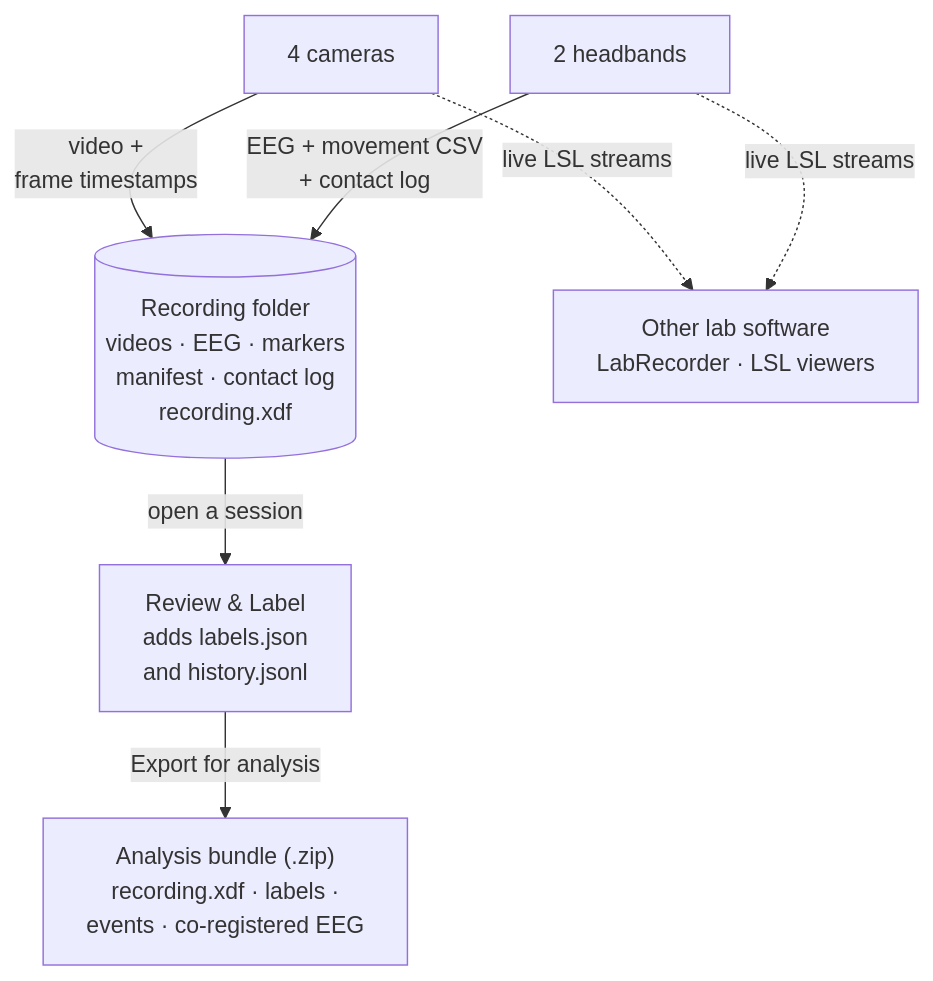
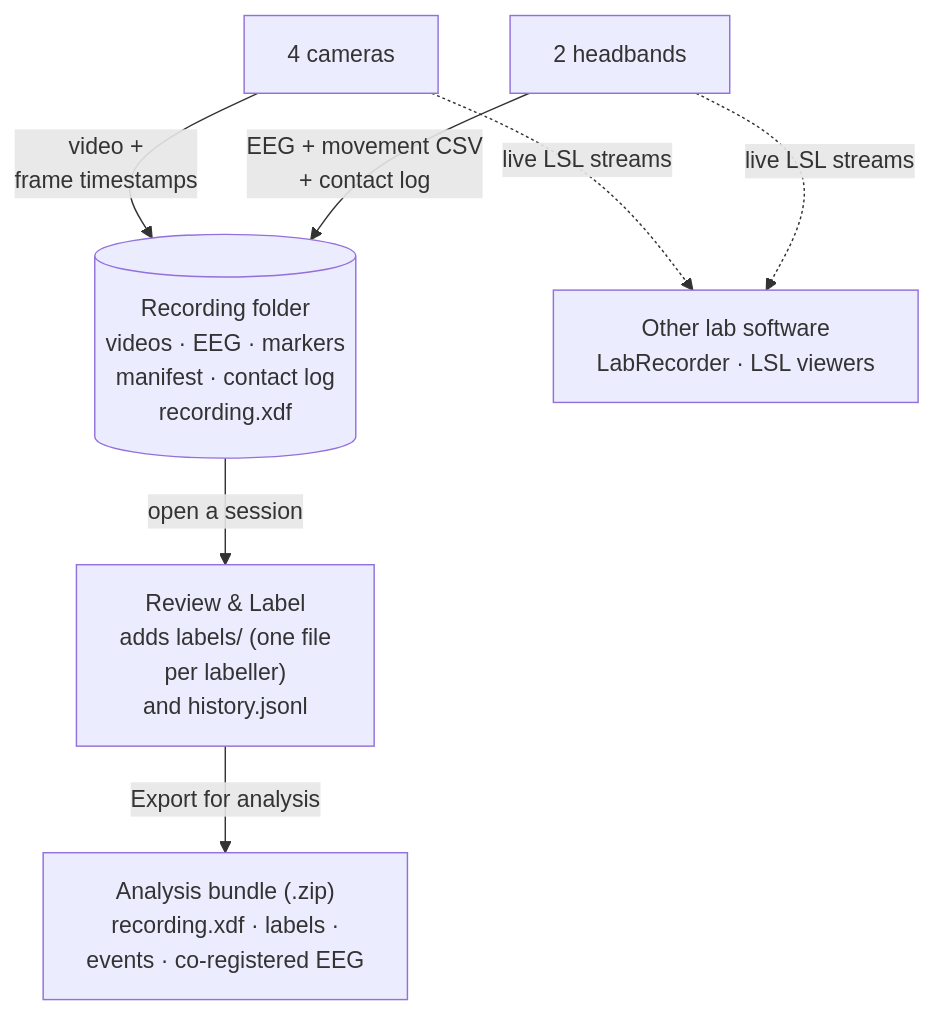
Before and after one commit to mohammadabdullahkhurram/Brain-Battle-Phase-3: the diagram in docs/diagrams/data-flow.mmd, drawn with Mermaid. The commit also changed 76 other files, not shown here.

```diff
--- a/docs/diagrams/data-flow.mmd
+++ b/docs/diagrams/data-flow.mmd
@@ -1,9 +1,9 @@
 %%{init: {'themeVariables': {'fontSize': '16px'}}}%%
 flowchart TB
     CAMS["4 cameras"] -->|"video +<br/>frame timestamps"| FOLDER
     BANDS["2 headbands"] -->|"EEG + movement CSV<br/>+ contact log"| FOLDER
     CAMS -.->|"live LSL streams"| LSL["Other lab software<br/>LabRecorder · LSL viewers"]
     BANDS -.->|"live LSL streams"| LSL
     FOLDER[("Recording folder<br/>videos · EEG · markers<br/>manifest · contact log<br/>recording.xdf")]
-    FOLDER -->|"open a session"| REVIEW["Review &amp; Label<br/>adds labels.json<br/>and history.jsonl"]
+    FOLDER -->|"open a session"| REVIEW["Review &amp; Label<br/>adds labels/ (one file<br/>per labeller)<br/>and history.jsonl"]
     REVIEW -->|"Export for analysis"| ZIP["Analysis bundle (.zip)<br/>recording.xdf · labels ·<br/>events · co-registered EEG"]
```
